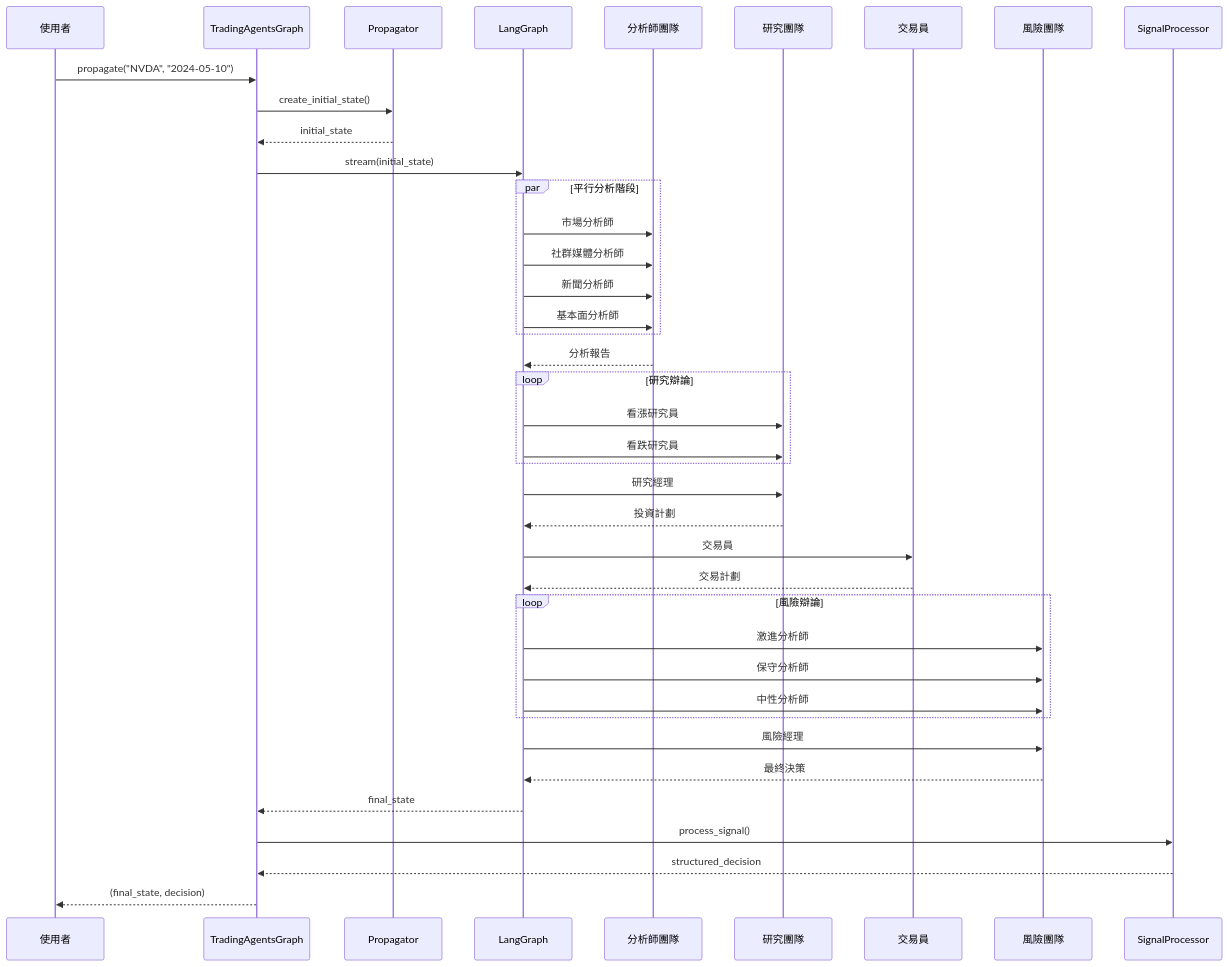
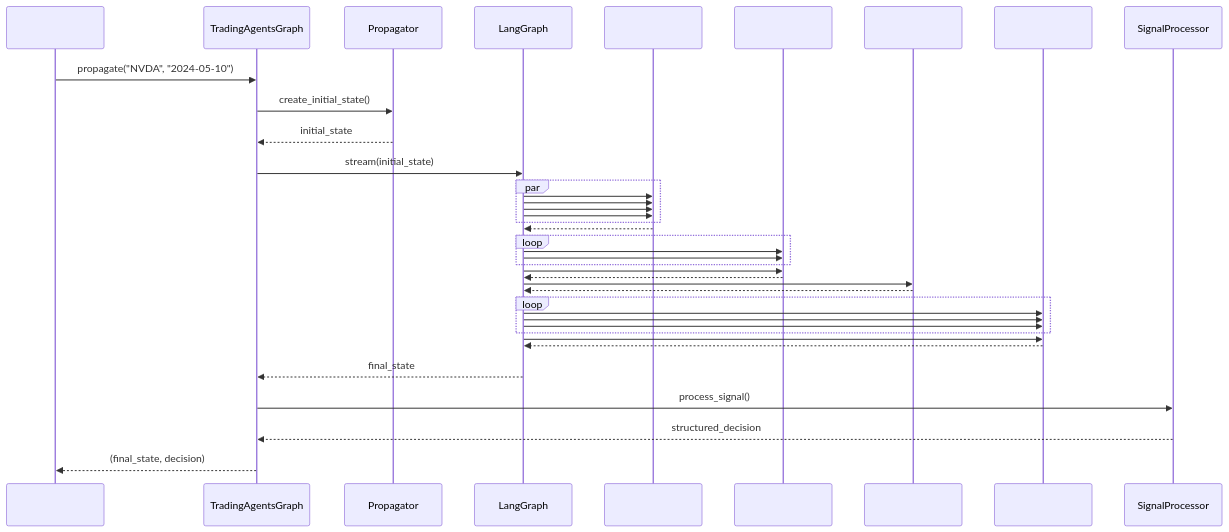
Before and after one commit to aiinpocket/TradingAgents-CN: the second of 2 diagrams in docs/architecture/v0.1.13/graph-structure.md, drawn with Mermaid. The commit also changed other lines of this file and 77 other files, not shown here.

````diff
--- a/docs/architecture/v0.1.13/graph-structure.md
+++ b/docs/architecture/v0.1.13/graph-structure.md
@@ -169,53 +169,53 @@
 ```mermaid
 sequenceDiagram
-    participant User as 使用者
-    participant TG as TradingAgentsGraph
-    participant P as Propagator
-    participant G as LangGraph
-    participant A as 分析師團隊
-    participant R as 研究團隊
-    participant T as 交易員
-    participant Risk as 風險團隊
-    participant SP as SignalProcessor
+ participant User as 
+ participant TG as TradingAgentsGraph
+ participant P as Propagator
+ participant G as LangGraph
+ participant A as 
+ participant R as 
+ participant T as 
+ participant Risk as 
+ participant SP as SignalProcessor
 
-    User->>TG: propagate("NVDA", "2024-05-10")
-    TG->>P: create_initial_state()
-    P-->>TG: initial_state
+ User->>TG: propagate("NVDA", "2024-05-10")
+ TG->>P: create_initial_state()
+ P-->>TG: initial_state
 
-    TG->>G: stream(initial_state)
+ TG->>G: stream(initial_state)
 
-    par 平行分析階段
-        G->>A: 市場分析師
-        G->>A: 社群媒體分析師
-        G->>A: 新聞分析師
-        G->>A: 基本面分析師
-    end
+ par 
+ G->>A: 
+ G->>A: 
+ G->>A: 
+ G->>A: 
+ end
 
-    A-->>G: 分析報告
+ A-->>G: 
 
-    loop 研究辯論
-        G->>R: 看漲研究員
-        G->>R: 看跌研究員
-    end
+ loop 
+ G->>R: 
+ G->>R: 
+ end
 
-    G->>R: 研究經理
-    R-->>G: 投資計劃
+ G->>R: 
+ R-->>G: 
 
-    G->>T: 交易員
-    T-->>G: 交易計劃
+ G->>T: 
+ T-->>G: 
 
-    loop 風險辯論
-        G->>Risk: 激進分析師
-        G->>Risk: 保守分析師
-        G->>Risk: 中性分析師
-    end
+ loop 
+ G->>Risk: 
+ G->>Risk: 
+ G->>Risk: 
+ end
 
-    G->>Risk: 風險經理
-    Risk-->>G: 最終決策
+ G->>Risk: 
+ Risk-->>G: 
 
-    G-->>TG: final_state
-    TG->>SP: process_signal()
-    SP-->>TG: structured_decision
+ G-->>TG: final_state
+ TG->>SP: process_signal()
+ SP-->>TG: structured_decision
 
-    TG-->>User: (final_state, decision)
+ TG-->>User: (final_state, decision)
 ```
````
